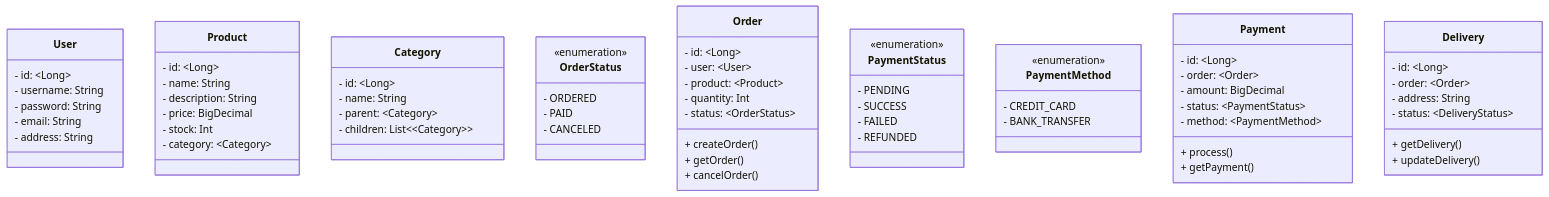
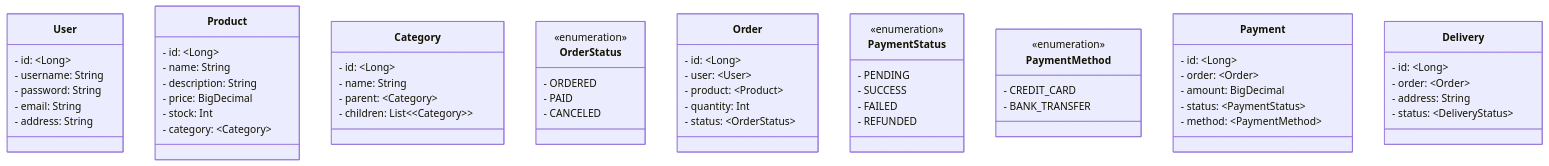
One commit to study-111/commerce-system-be changed the diagram in README.md. Above: the diagram before and after it, drawn with Mermaid. The commit also changed other lines of this file and 29 other files, not shown here.

````diff
--- a/README.md
+++ b/README.md
@@ -33,77 +33,70 @@
 ```mermaid
 classDiagram
     class User {
         - id: ~Long~
         - username: String
         - password: String
         - email: String
         - address: String
     }
 
     class Product {
         - id: ~Long~
         - name: String
         - description: String
         - price: BigDecimal
         - stock: Int
         - category: ~Category~
     }
 
     class Category {
         - id: ~Long~
         - name: String
         - parent: ~Category~
         - children: List<~Category~>
     }
 
     class OrderStatus {
         <<enumeration>>
         - ORDERED
         - PAID
         - CANCELED
     }
 
     class Order {
         - id: ~Long~
         - user: ~User~
         - product: ~Product~
         - quantity: Int
         - status: ~OrderStatus~
-        + createOrder()
-        + getOrder()
-        + cancelOrder()
     }
 
     class PaymentStatus {
         <<enumeration>>
         - PENDING
         - SUCCESS
         - FAILED
         - REFUNDED
     }
 
     class PaymentMethod {
         <<enumeration>>
         - CREDIT_CARD
         - BANK_TRANSFER
     }
 
     class Payment {
         - id: ~Long~
         - order: ~Order~
         - amount: BigDecimal
         - status: ~PaymentStatus~
         - method: ~PaymentMethod~
-        + process()
-        + getPayment()
     }
 
     class Delivery {
         - id: ~Long~
         - order: ~Order~
         - address: String
         - status: ~DeliveryStatus~
-        + getDelivery()
-        + updateDelivery()
     }
 ```
````
